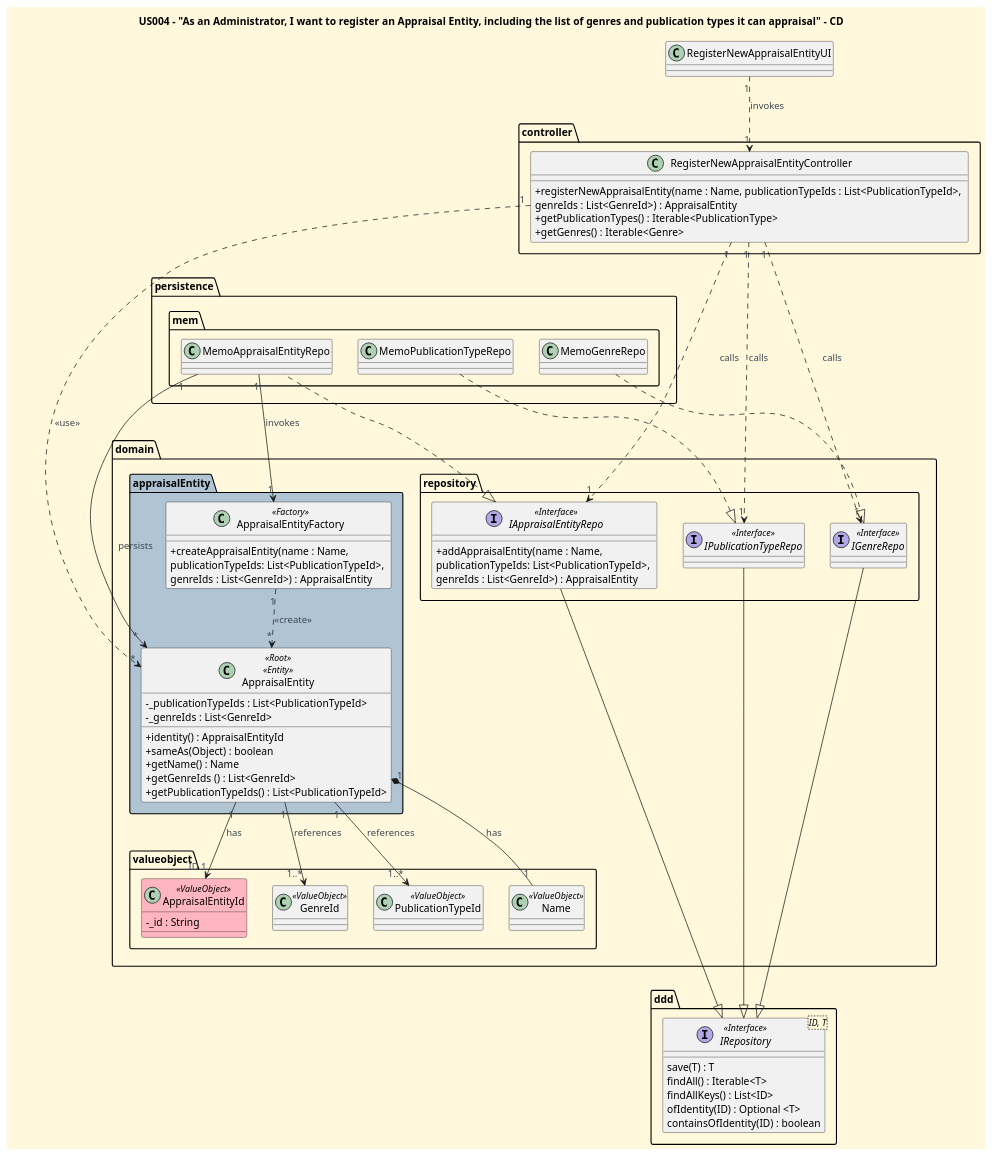
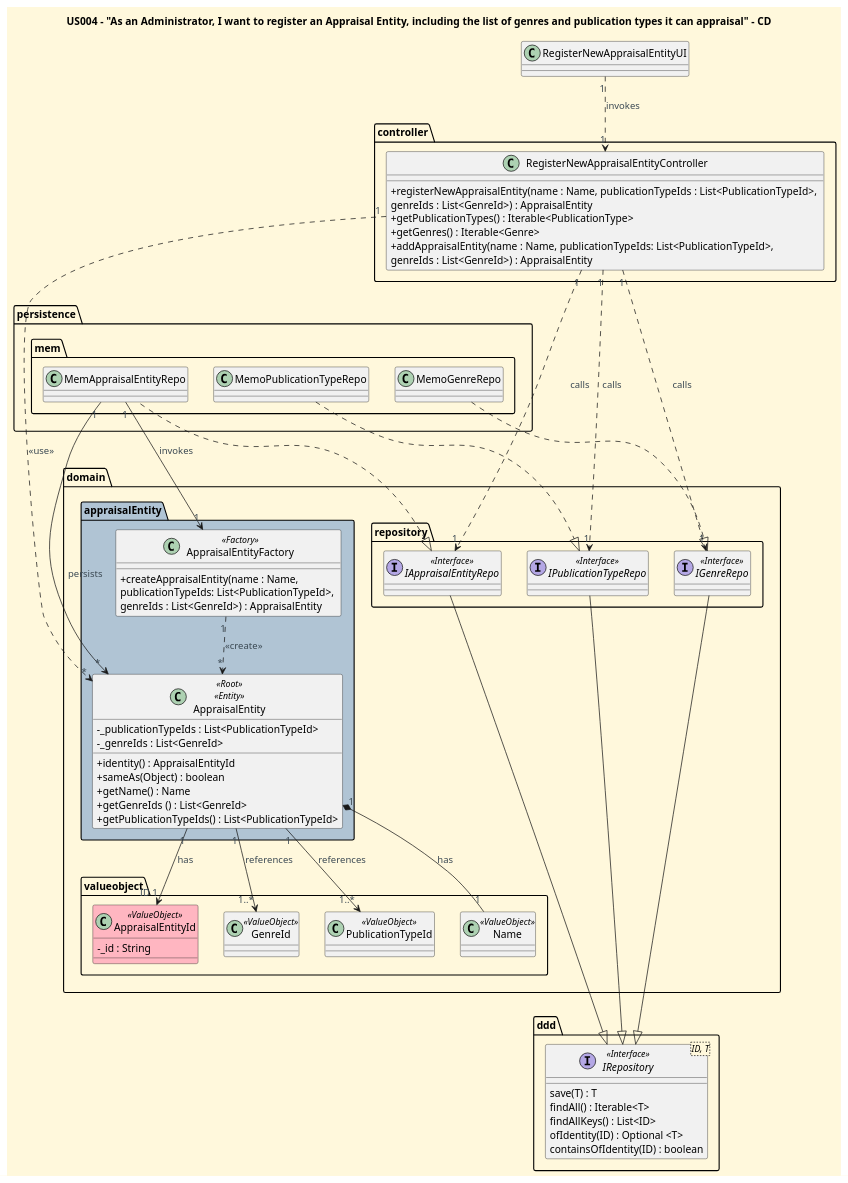
One commit to CarolinaLeite-collab/JavaMarketplacePlatform changed the diagram in docs/user-stories/US004/US004_register_new_appraisal_entity_CD.puml. Above: the diagram before and after it, drawn with PlantUML. The commit also changed 1 other file, not shown here.

Commit message:
docs: updated AddAppraisalEntity method usage from Repository to RegisterNewAppraisalEntityController in SD and CD diagrams - closes #601

```diff
--- a/docs/user-stories/US004/US004_register_new_appraisal_entity_CD.puml
+++ b/docs/user-stories/US004/US004_register_new_appraisal_entity_CD.puml
@@ -1,159 +1,159 @@
 @startuml
 
 '==== Title ====
 title US004 - "As an Administrator, I want to register an Appraisal Entity, including the list of genres and publication types it can appraisal" - CD
 top to bottom direction
 
 
 '==== basic style ====
 skinparam monochrome false
 skinparam shadowing false
 skinparam defaultFontName Futura
 skinparam objectFontSize 20
 skinparam backgroundColor CornSilk
 skinparam objectBackgroundColor WhiteSmoke
 skinparam noteBackgroundColor #FFFFE0
 skinparam ArrowFontColor #3B4953
 skinparam ActivationBackgroundColor black
 skinparam classAttributeIconSize 0
 
 
 ' ===== Domain =====
 class RegisterNewAppraisalEntityUI {
 }
 
 package "controller" {
 
     class RegisterNewAppraisalEntityController {
 
         + registerNewAppraisalEntity(name : Name, publicationTypeIds : List<PublicationTypeId>, \ngenreIds : List<GenreId>) : AppraisalEntity
         + getPublicationTypes() : Iterable<PublicationType>
         + getGenres() : Iterable<Genre>
+        + addAppraisalEntity(name : Name, publicationTypeIds: List<PublicationTypeId>, \ngenreIds : List<GenreId>) : AppraisalEntity
 
     }
 
 }
 
 package "persistence" {
 
     package "mem" {
 
-        class MemoAppraisalEntityRepo {
+        class MemAppraisalEntityRepo {
 
         }
 
         class MemoGenreRepo {
 
         }
 
         class MemoPublicationTypeRepo {
 
         }
 
     }
 
 }
 
 package "domain" {
     package "repository" {
 
         interface IAppraisalEntityRepo <<Interface>> {
-        + addAppraisalEntity(name : Name, \npublicationTypeIds: List<PublicationTypeId>, \ngenreIds : List<GenreId>) : AppraisalEntity
 
         }
 
         interface IGenreRepo <<Interface>> {
 
         }
 
         interface IPublicationTypeRepo <<Interface>> {
 
         }
 
     }
 
     package "appraisalEntity" #b0c4d4 {
 
         class AppraisalEntity <<Root>> <<Entity>>{
             -_publicationTypeIds : List<PublicationTypeId>
             -_genreIds : List<GenreId>
 
             +identity() : AppraisalEntityId
             +sameAs(Object) : boolean
             +getName() : Name
             +getGenreIds () : List<GenreId>
             +getPublicationTypeIds() : List<PublicationTypeId>
         }
 
         class AppraisalEntityFactory <<Factory>> {
         + createAppraisalEntity(name : Name, \npublicationTypeIds: List<PublicationTypeId>, \ngenreIds : List<GenreId>) : AppraisalEntity
         }
 
     }
 
     Package "valueobject"  {
 
         '== Value Objects (Ids) ==
         class AppraisalEntityId <<ValueObject>> #LightPink {
         -_id : String
 
         }
 
         class GenreId <<ValueObject>> {
 
         }
 
         class PublicationTypeId <<ValueObject>> {
 
         }
         ' ===== Value Objects =====
         class Name <<ValueObject>> {
 
         }
 
     }
 
 }
 
 Package "ddd" {
 
     interface IRepository<ID, T> <<Interface>> {
     save(T) : T
     findAll() : Iterable<T>
     findAllKeys() : List<ID>
     ofIdentity(ID) : Optional <T>
     containsOfIdentity(ID) : boolean
     }
 
 }
 
 
 '==== Interactions ====
 
 RegisterNewAppraisalEntityUI "1" ..> "1" RegisterNewAppraisalEntityController : invokes
 
 RegisterNewAppraisalEntityController "1" ..> "1" IGenreRepo : calls
 RegisterNewAppraisalEntityController "1" ..> "1" IPublicationTypeRepo : calls
 RegisterNewAppraisalEntityController "1" ..> "1" IAppraisalEntityRepo : calls
 RegisterNewAppraisalEntityController "1" ....> "*" AppraisalEntity : <<use>>
 
-MemoAppraisalEntityRepo "1" --> "1" AppraisalEntityFactory : invokes
+MemAppraisalEntityRepo "1" --> "1" AppraisalEntityFactory : invokes
 
 AppraisalEntityFactory "1" ..> "*" AppraisalEntity : <<create>>
 
 AppraisalEntity "1" --> "ID 1" AppraisalEntityId : has
 AppraisalEntity "1" --> "1..*" GenreId : references
 AppraisalEntity "1" --> "1..*" PublicationTypeId : references
 AppraisalEntity "1" *-- "1" Name : has
-AppraisalEntity "*" <- "1" MemoAppraisalEntityRepo : persists
+AppraisalEntity "*" <- "1" MemAppraisalEntityRepo : persists
 
-IAppraisalEntityRepo <|.. MemoAppraisalEntityRepo
+IAppraisalEntityRepo <|.. MemAppraisalEntityRepo
 MemoGenreRepo ..|> IGenreRepo
 MemoPublicationTypeRepo ..|> IPublicationTypeRepo
 
 IAppraisalEntityRepo ----|> IRepository
 IPublicationTypeRepo -|> IRepository
 IGenreRepo -|> IRepository
 
 
 @enduml
```
